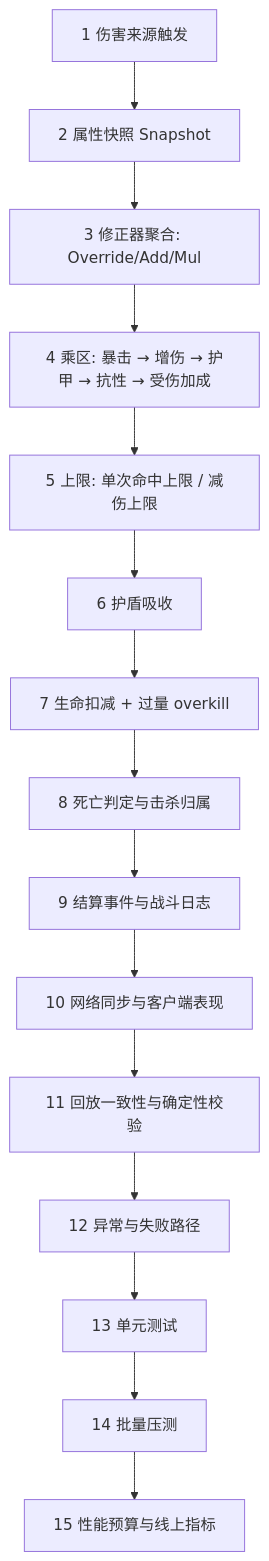
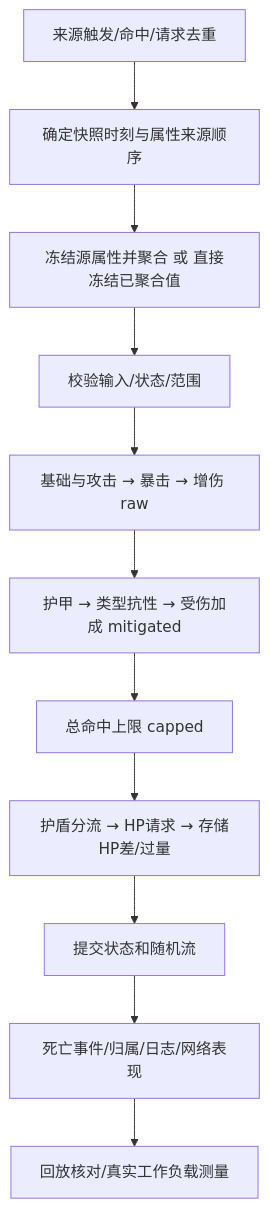
Before and after one commit to fantuan812/learning: the diagram in 知识/05-Gameplay与交互系统/技能战斗与属性结算/11-伤害与属性结算完整链路.md, drawn with Mermaid. The commit also changed other lines of this file and 19 other files, not shown here.

````diff
--- a/知识/05-Gameplay与交互系统/技能战斗与属性结算/11-伤害与属性结算完整链路.md
+++ b/知识/05-Gameplay与交互系统/技能战斗与属性结算/11-伤害与属性结算完整链路.md
@@ -66,17 +26,13 @@
 ```mermaid
 flowchart TD
-    A[1 伤害来源触发] --> B[2 属性快照 Snapshot]
-    B --> C[3 修正器聚合: Override/Add/Mul]
-    C --> D[4 乘区: 暴击 → 增伤 → 护甲 → 抗性 → 受伤加成]
-    D --> E[5 上限: 单次命中上限 / 减伤上限]
-    E --> F[6 护盾吸收]
-    F --> G[7 生命扣减 + 过量 overkill]
-    G --> H[8 死亡判定与击杀归属]
-    H --> I[9 结算事件与战斗日志]
-    I --> J[10 网络同步与客户端表现]
-    J --> K[11 回放一致性与确定性校验]
-    K --> L[12 异常与失败路径]
-    L --> M[13 单元测试]
-    M --> N[14 批量压测]
-    N --> O[15 性能预算与线上指标]
+    A[来源触发/命中/请求去重] --> B[确定快照时刻与属性来源顺序]
+    B --> C[冻结源属性并聚合 或 直接冻结已聚合值]
+    C --> D[校验输入/状态/范围]
+    D --> E[基础与攻击 → 暴击 → 增伤 raw]
+    E --> F[护甲 → 类型抗性 → 受伤加成 mitigated]
+    F --> G[总命中上限 capped]
+    G --> H[护盾分流 → HP请求 → 存储HP差/过量]
+    H --> I[提交状态和随机流]
+    I --> J[死亡事件/归属/日志/网络表现]
+    J --> K[回放核对/真实工作负载测量]
 ```
````
